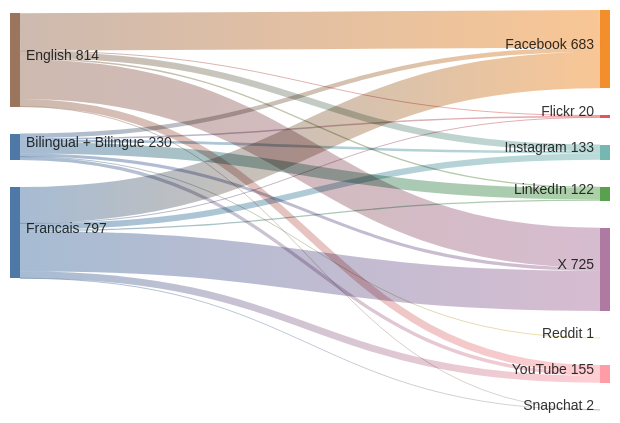
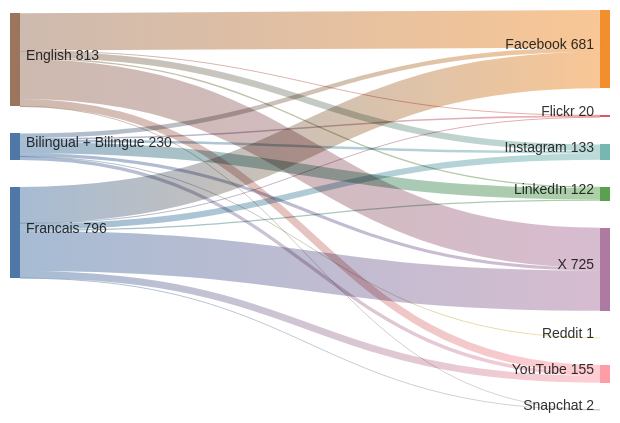
Before and after one commit to PatLittle/GC-Socials: the first of 6 diagrams in README.md, drawn with Mermaid. The commit also changed other lines of this file, not shown here.

Commit message:
Update README with Platform Distribution pie chart

````diff
--- a/README.md
+++ b/README.md
@@ -19,24 +19,24 @@
 ```mermaid
 sankey-beta
   Bilingual + Bilingue,Facebook,39
   Bilingual + Bilingue,Flickr,13
   Bilingual + Bilingue,Instagram,22
   Bilingual + Bilingue,LinkedIn,99
   Bilingual + Bilingue,Reddit,1
   Bilingual + Bilingue,X,27
   Bilingual + Bilingue,YouTube,29
-  English,Facebook,327
+  English,Facebook,326
   English,Flickr,4
   English,Instagram,57
   English,LinkedIn,12
   English,Snapchat,1
   English,X,348
   English,YouTube,65
-  Francais,Facebook,317
+  Francais,Facebook,316
   Francais,Flickr,3
   Francais,Instagram,54
   Francais,LinkedIn,11
   Francais,Snapchat,1
   Francais,X,350
   Francais,YouTube,61
 ```
````
